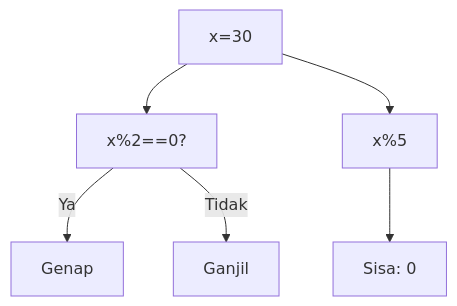
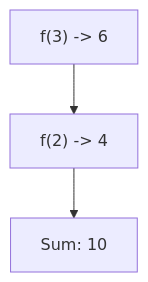
One commit to amnahwaida/OSNK_INF_PREP changed diagram 18 of 25 in part-c-pemahaman-cpp/04-fungsi/latihan/set-09.md. Above: the diagram before and after it, drawn with Mermaid. The commit also changed other lines of this file and 71 other files, not shown here.

````diff
--- a/part-c-pemahaman-cpp/04-fungsi/latihan/set-09.md
+++ b/part-c-pemahaman-cpp/04-fungsi/latihan/set-09.md
@@ -429,8 +472,5 @@
 ```mermaid
 graph TD
-A["x=30"] --> B["x%2==0?"]
-B -- Ya --> C["Genap"]
-B -- Tidak --> D["Ganjil"]
-A --> E["x%5"]
-E --> F["Sisa: 0"]
+A["f(3) -> 6"] --> B["f(2) -> 4"]
+B --> C["Sum: 10"]
 ```
````
